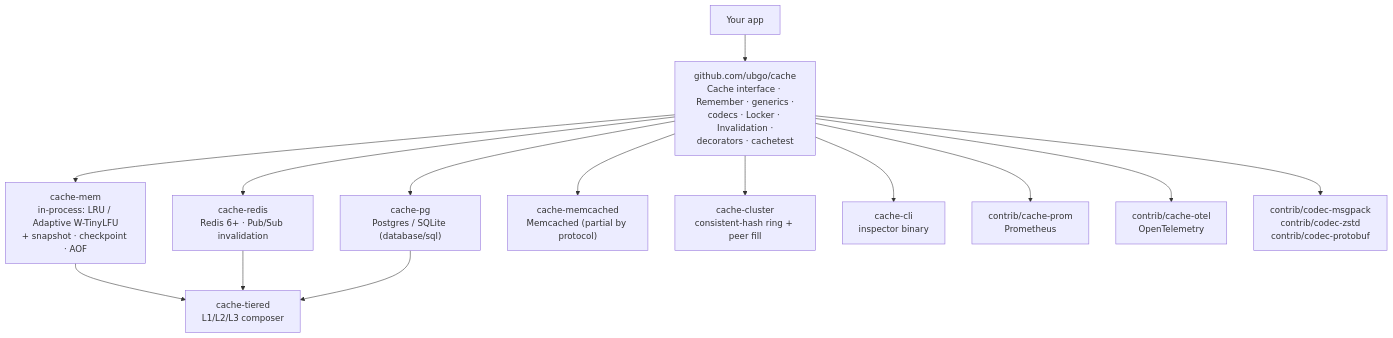
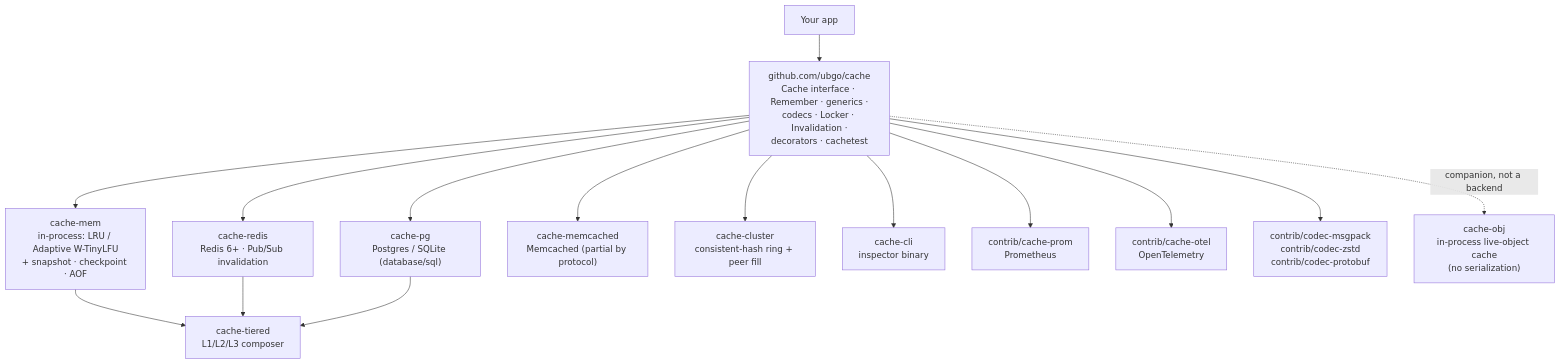
The diagram in docs/family.md (ubgo/cache), drawn with Mermaid before and after one commit. The commit also changed other lines of this file and 1 other file, not shown here.

Commit message:
docs: add cache-obj companion to the family map and README

````diff
--- a/docs/family.md
+++ b/docs/family.md
@@ -10,16 +10,17 @@
 ```mermaid
 graph TD
   APP[Your app] --> CORE["github.com/ubgo/cache<br/>Cache interface · Remember · generics ·<br/>codecs · Locker · Invalidation ·<br/>decorators · cachetest"]
   CORE --> MEM["cache-mem<br/>in-process: LRU / Adaptive W-TinyLFU<br/>+ snapshot · checkpoint · AOF"]
   CORE --> REDIS["cache-redis<br/>Redis 6+ · Pub/Sub invalidation"]
   CORE --> PG["cache-pg<br/>Postgres / SQLite (database/sql)"]
   CORE --> MC["cache-memcached<br/>Memcached (partial by protocol)"]
   MEM --> TIER["cache-tiered<br/>L1/L2/L3 composer"]
   REDIS --> TIER
   PG --> TIER
   CORE --> CLUSTER["cache-cluster<br/>consistent-hash ring + peer fill"]
   CORE --> CLI["cache-cli<br/>inspector binary"]
   CORE --> PROM["contrib/cache-prom<br/>Prometheus"]
   CORE --> OTEL["contrib/cache-otel<br/>OpenTelemetry"]
   CORE --> CODECS["contrib/codec-msgpack<br/>contrib/codec-zstd<br/>contrib/codec-protobuf"]
+  CORE -.->|companion, not a backend| OBJ["cache-obj<br/>in-process live-object cache<br/>(no serialization)"]
 ```
````
